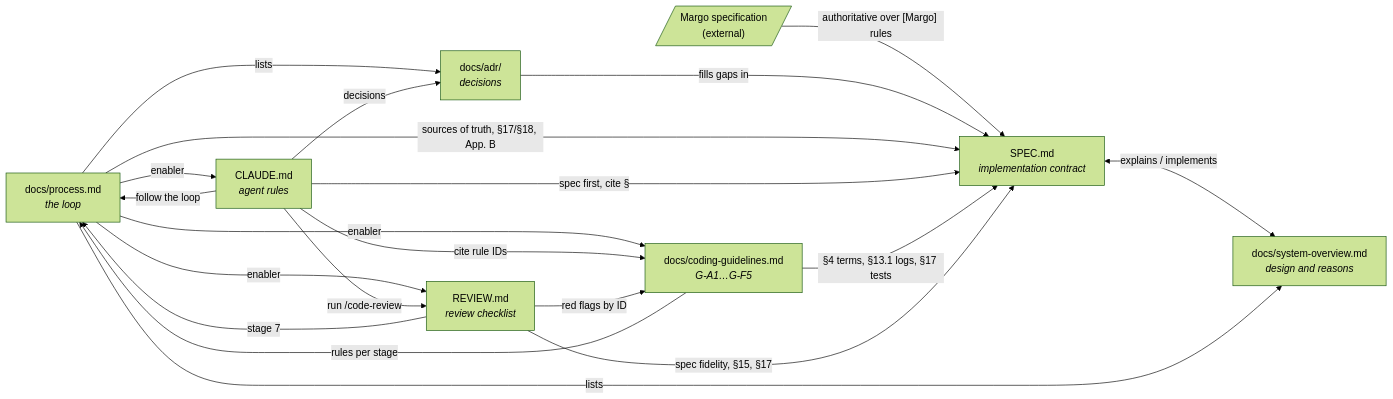
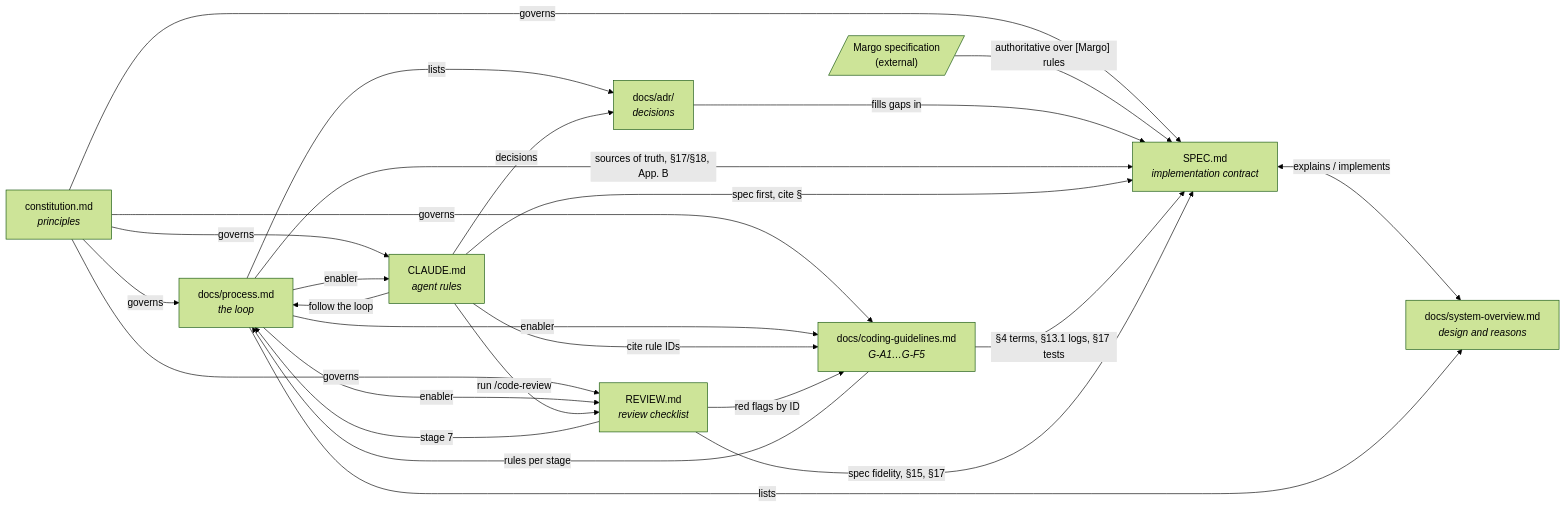
One commit to balaji-balu/ieo changed the second of 2 diagrams in docs/docs-map.md. Above: the diagram before and after it, drawn with Mermaid (forest theme). The commit also changed other lines of this file and 2 other files, not shown here.

Commit message:
docs: add constitution.md and link it from CLAUDE.md and the docs map
Short statement of the project's non-negotiable principles, the
documents it governs, and how it is amended. Resolves the dangling
reference in docs/process.md.

Claude-Session: https://claude.ai/code/session_01BkAAqc72jY39RaFcbEqtDy

````diff
--- a/docs/docs-map.md
+++ b/docs/docs-map.md
@@ -49,35 +53,41 @@
 ```mermaid
 flowchart LR
+  const["constitution.md<br/><i>principles</i>"]
   margo[/"Margo specification<br/>(external)"/]
   spec["SPEC.md<br/><i>implementation contract</i>"]
   overview["docs/system-overview.md<br/><i>design and reasons</i>"]
   adr["docs/adr/<br/><i>decisions</i>"]
   process["docs/process.md<br/><i>the loop</i>"]
   claude["CLAUDE.md<br/><i>agent rules</i>"]
   guide["docs/coding-guidelines.md<br/><i>G-A1…G-F5</i>"]
   review["REVIEW.md<br/><i>review checklist</i>"]
 
+  const -- "governs" --> process
+  const -- "governs" --> spec
+  const -- "governs" --> guide
+  const -- "governs" --> review
+  const -- "governs" --> claude
   margo -- "authoritative over [Margo] rules" --> spec
   spec <-- "explains / implements" --> overview
   adr -- "fills gaps in" --> spec
 
   process -- "sources of truth, §17/§18, App. B" --> spec
   process -- "lists" --> overview
   process -- "lists" --> adr
   process -- "enabler" --> claude
   process -- "enabler" --> guide
   process -- "enabler" --> review
 
   claude -- "follow the loop" --> process
   claude -- "spec first, cite §" --> spec
   claude -- "cite rule IDs" --> guide
   claude -- "run /code-review" --> review
   claude -- "decisions" --> adr
 
   guide -- "rules per stage" --> process
   guide -- "§4 terms, §13.1 logs, §17 tests" --> spec
 
   review -- "stage 7" --> process
   review -- "spec fidelity, §15, §17" --> spec
   review -- "red flags by ID" --> guide
 ```
````
